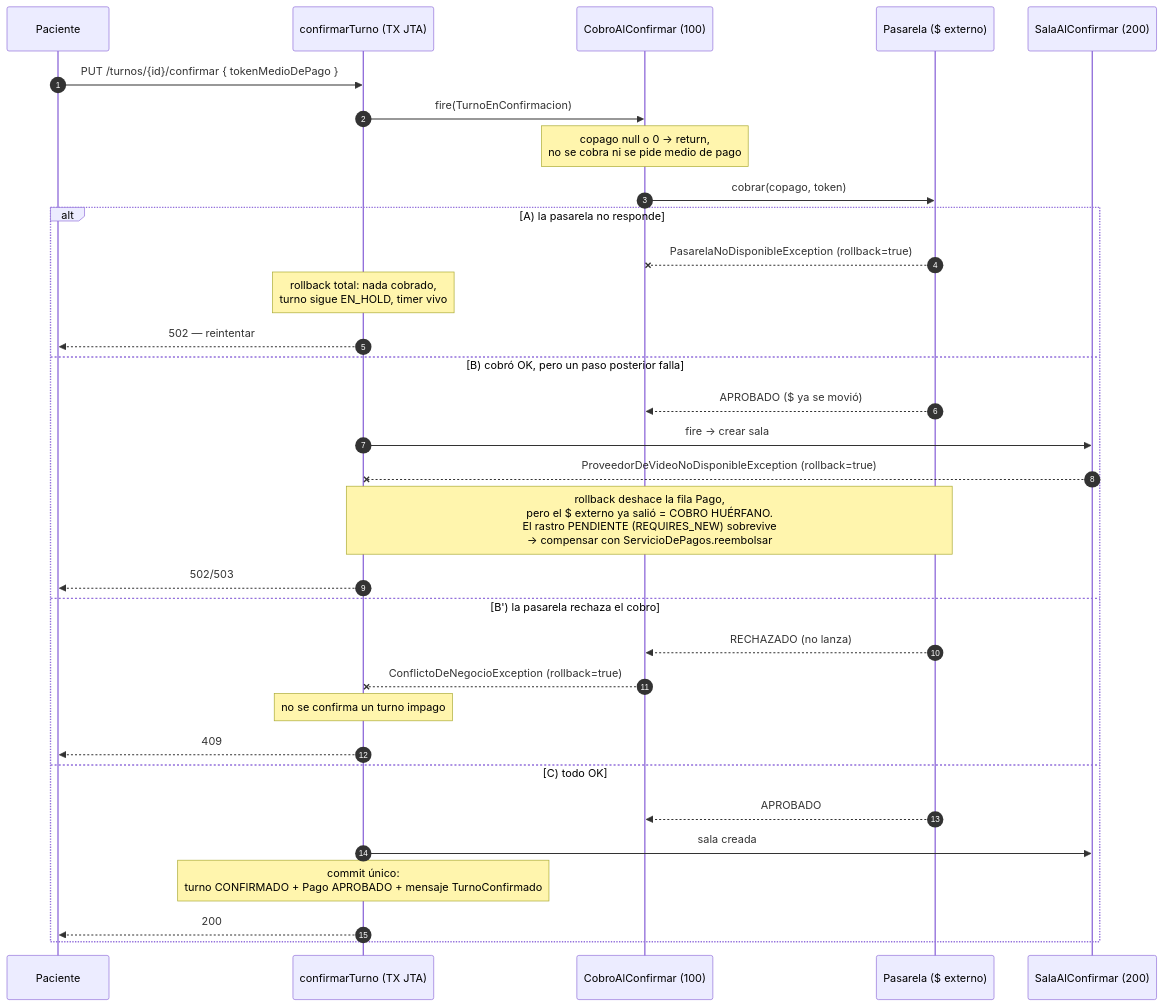
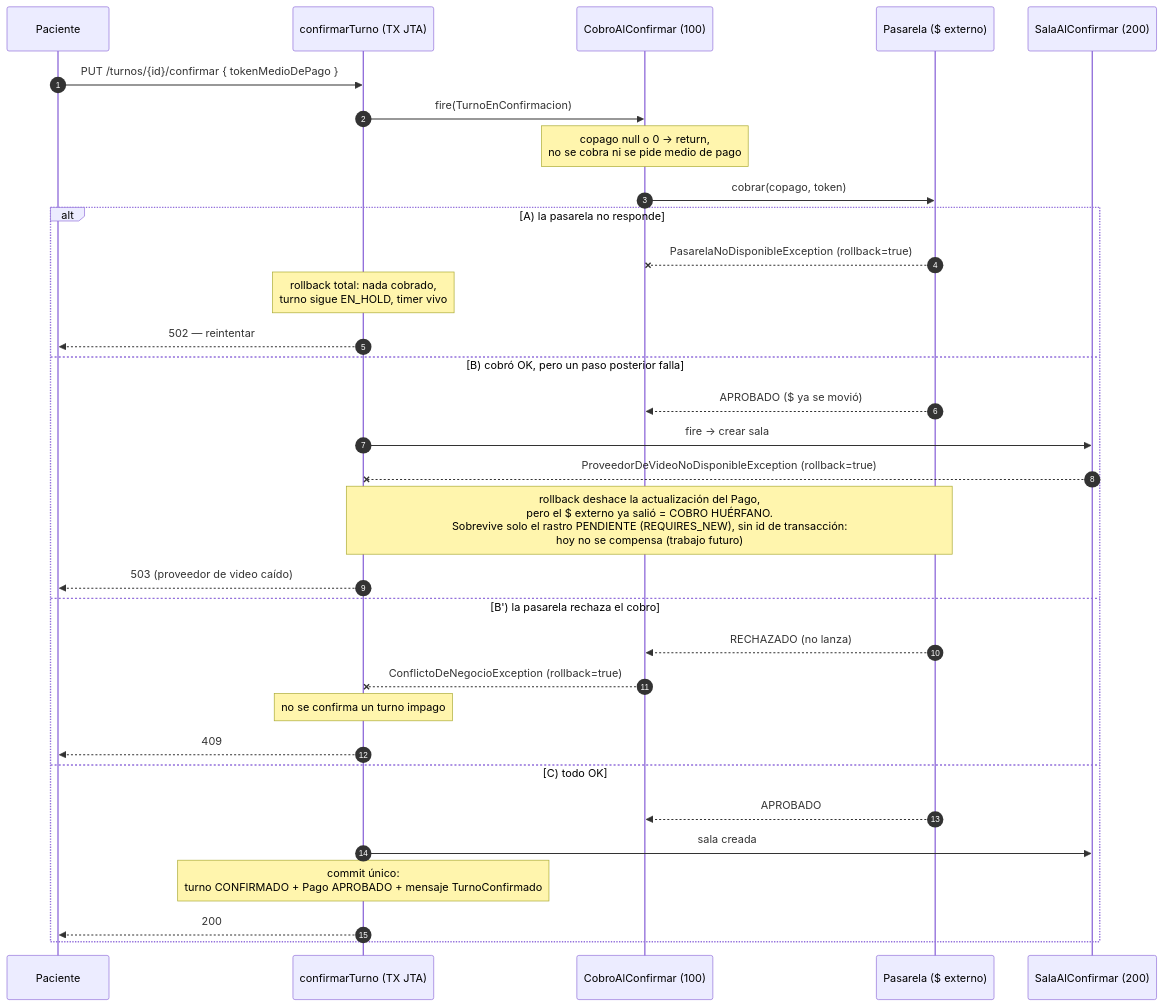
One commit to martucastro/Mediconecta-DA2 changed the third of 3 diagrams in docs/arquitectura.md. Above: the diagram before and after it, drawn with Mermaid. The commit also changed other lines of this file and 3 other files, not shown here.

Commit message:
docs: corregir estados desactualizados y el reembolso del cobro huérfano

````diff
--- a/docs/arquitectura.md
+++ b/docs/arquitectura.md
@@ -128,36 +128,36 @@
 ```mermaid
 sequenceDiagram
     autonumber
     participant P as Paciente
     participant T as confirmarTurno (TX JTA)
     participant C as CobroAlConfirmar (100)
     participant G as Pasarela ($ externo)
     participant S as SalaAlConfirmar (200)
 
     P->>T: PUT /turnos/{id}/confirmar { tokenMedioDePago }
     T->>C: fire(TurnoEnConfirmacion)
     Note over C: copago null o 0 → return,<br/>no se cobra ni se pide medio de pago
     C->>G: cobrar(copago, token)
 
     alt A) la pasarela no responde
         G--xC: PasarelaNoDisponibleException (rollback=true)
         Note over T: rollback total: nada cobrado,<br/>turno sigue EN_HOLD, timer vivo
         T-->>P: 502 — reintentar
     else B) cobró OK, pero un paso posterior falla
         G-->>C: APROBADO ($ ya se movió)
         T->>S: fire → crear sala
         S--xT: ProveedorDeVideoNoDisponibleException (rollback=true)
-        Note over T,G: rollback deshace la fila Pago,<br/>pero el $ externo ya salió = COBRO HUÉRFANO.<br/>El rastro PENDIENTE (REQUIRES_NEW) sobrevive<br/>→ compensar con ServicioDePagos.reembolsar
-        T-->>P: 502/503
+        Note over T,G: rollback deshace la actualización del Pago,<br/>pero el $ externo ya salió = COBRO HUÉRFANO.<br/>Sobrevive solo el rastro PENDIENTE (REQUIRES_NEW), sin id de transacción:<br/>hoy no se compensa (trabajo futuro)
+        T-->>P: 503 (proveedor de video caído)
     else B') la pasarela rechaza el cobro
         G-->>C: RECHAZADO (no lanza)
         C--xT: ConflictoDeNegocioException (rollback=true)
         Note over T: no se confirma un turno impago
         T-->>P: 409
     else C) todo OK
         G-->>C: APROBADO
         T->>S: sala creada
         Note over T: commit único:<br/>turno CONFIRMADO + Pago APROBADO + mensaje TurnoConfirmado
         T-->>P: 200
     end
 ```
````
